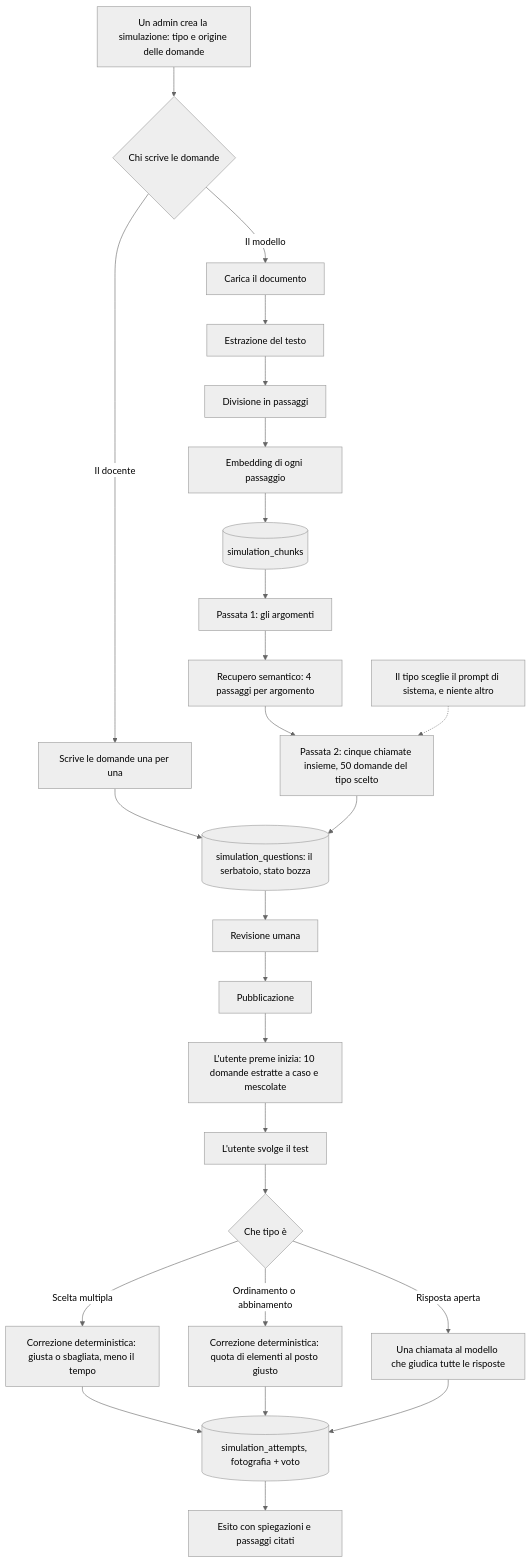
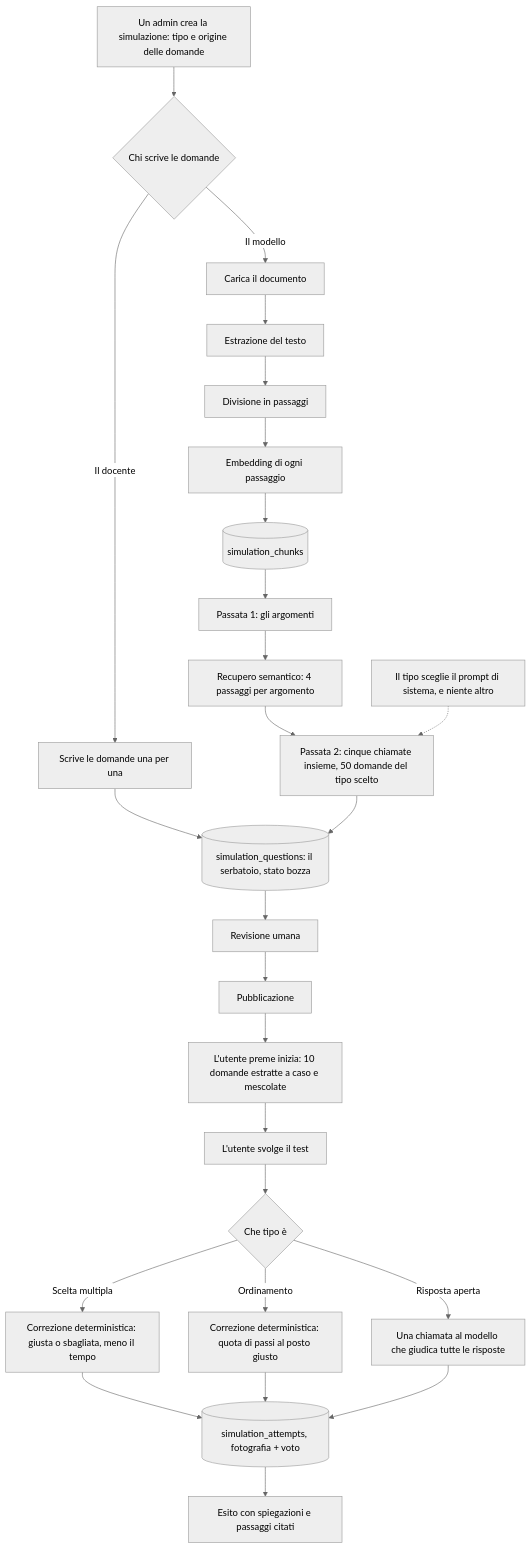
The diagram in docs/simulatore.md (DavideZanellato99/SkillLab), drawn with Mermaid (neutral theme) before and after one commit. The commit also changed other lines of this file and 179 other files, not shown here.

````diff
--- a/docs/simulatore.md
+++ b/docs/simulatore.md
@@ -178,28 +179,28 @@
 ```mermaid
 flowchart TD
     A0[Un admin crea la simulazione: tipo e origine delle domande] --> A1{Chi scrive le domande}
     A1 -->|Il modello| A[Carica il documento]
     A1 -->|Il docente| A2[Scrive le domande una per una]
     A2 --> I
     A --> B[Estrazione del testo]
     B --> C[Divisione in passaggi]
     C --> D[Embedding di ogni passaggio]
     D --> E[(simulation_chunks)]
     E --> F[Passata 1: gli argomenti]
     F --> G[Recupero semantico: 4 passaggi per argomento]
     G --> H[Passata 2: cinque chiamate insieme, 50 domande del tipo scelto]
     H2[Il tipo sceglie il prompt di sistema, e niente altro] -.-> H
     H --> I[(simulation_questions: il serbatoio, stato bozza)]
     I --> J[Revisione umana]
     J --> K[Pubblicazione]
     K --> R[L'utente preme inizia: 10 domande estratte a caso e mescolate]
     R --> L[L'utente svolge il test]
     L --> M{Che tipo è}
     M -->|Scelta multipla| N[Correzione deterministica: giusta o sbagliata, meno il tempo]
-    M -->|Ordinamento o abbinamento| N2[Correzione deterministica: quota di elementi al posto giusto]
+    M -->|Ordinamento| N2[Correzione deterministica: quota di passi al posto giusto]
     M -->|Risposta aperta| O[Una chiamata al modello che giudica tutte le risposte]
     N --> P[(simulation_attempts, fotografia + voto)]
     N2 --> P
     O --> P
     P --> Q[Esito con spiegazioni e passaggi citati]
 ```
````
